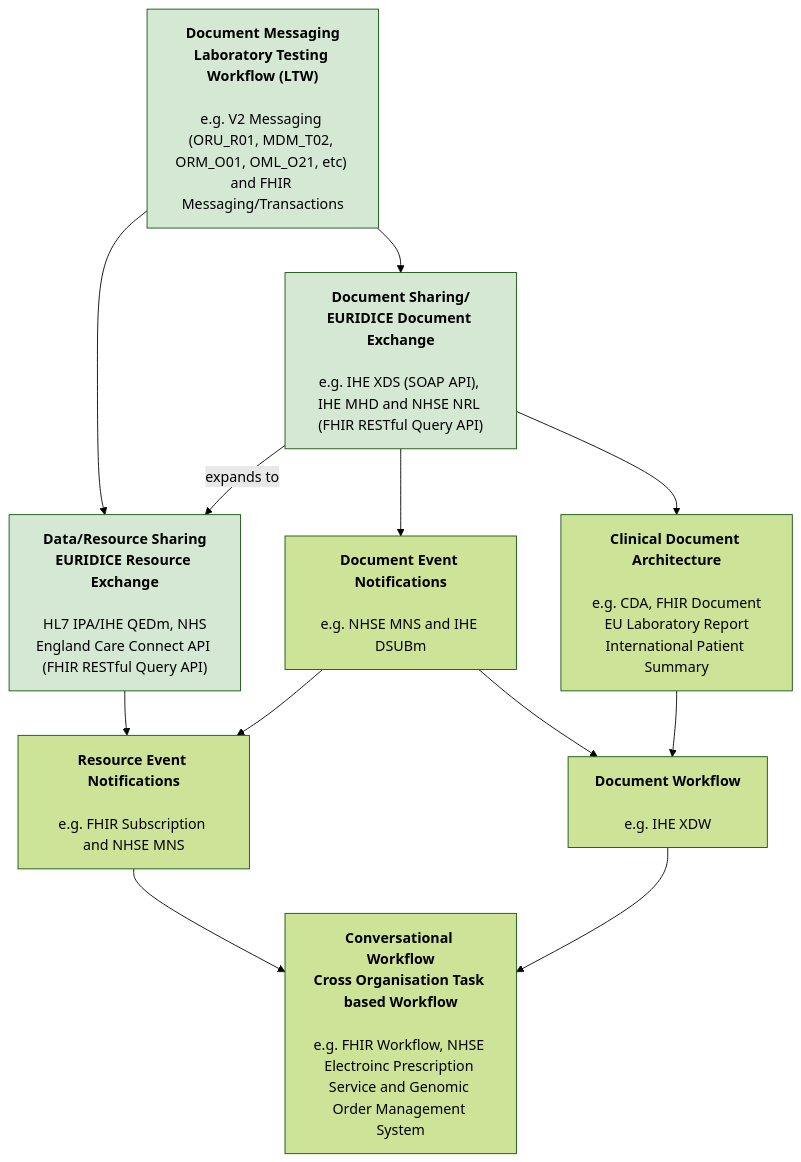
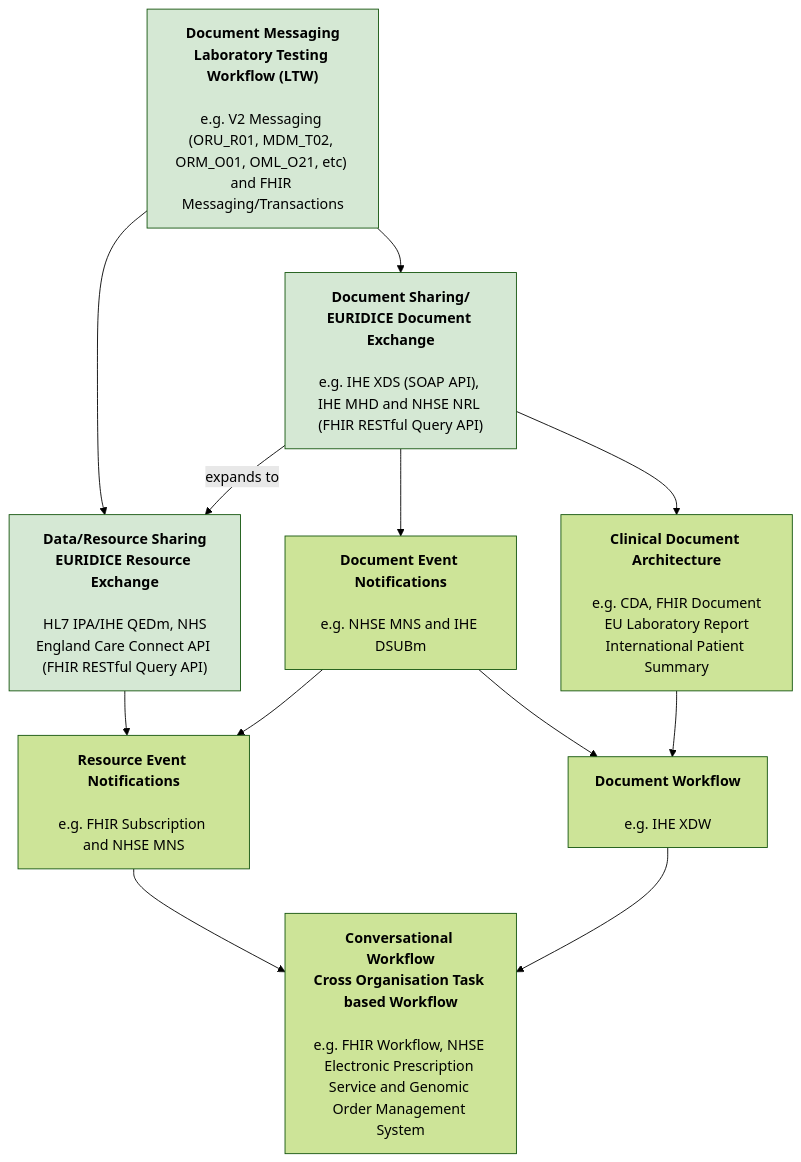
Before and after one commit to nw-gmsa/nw-gmsa.github.com: the first of 16 diagrams in input/pagecontent/exchange.md, drawn with Mermaid (forest theme). The commit also changed other lines of this file and 16 other files, not shown here.

````diff
--- a/input/pagecontent/exchange.md
+++ b/input/pagecontent/exchange.md
@@ -2,33 +2,33 @@
 ```mermaid
 graph TD;
 
 
 DocumentMessaging["<b>Document Messaging</b><br/><b>Laboratory Testing Workflow (LTW)</b><br/><br/>e.g. V2 Messaging (ORU_R01, MDM_T02, ORM_O01, OML_O21, etc) and FHIR Messaging/Transactions"]
 DocumentSharing["<b>Document Sharing/<br/>EURIDICE Document Exchange</b><br/><br/>e.g. IHE XDS (SOAP API), IHE MHD and NHSE NRL (FHIR RESTful Query API) "]
 
 DocumentEventNotifications[<b>Document Event Notifications</b><br/><br/>e.g. NHSE MNS and IHE DSUBm]
 ClinicalDocumentArchitecture[<b>Clinical Document Architecture</b><br/><br/>e.g. CDA, FHIR Document<br/>EU Laboratory Report<br/>International Patient Summary] 
 DocumentWorkflow[<b>Document Workflow</b><br/><br/>e.g. IHE XDW]
 
 DataSharig["<b>Data/Resource Sharing<br/>EURIDICE Resource Exchange</b><br/><br/> HL7 IPA/IHE QEDm, NHS England Care Connect API (FHIR RESTful Query API)"]
 ResourceEventNotifications[<b>Resource Event Notifications</b><br/><br/>e.g. FHIR Subscription and NHSE MNS]
-ConversationalMessaging[<b>Conversational Workflow</b><br/><b>Cross Organisation Task based Workflow</b><br/><br/>e.g. FHIR Workflow, NHSE Electroinc Prescription Service and Genomic Order Management System]
+ConversationalMessaging[<b>Conversational Workflow</b><br/><b>Cross Organisation Task based Workflow</b><br/><br/>e.g. FHIR Workflow, NHSE Electronic Prescription Service and Genomic Order Management System]
 
 DocumentMessaging --> DocumentSharing
 DocumentSharing --> DocumentEventNotifications
 DocumentSharing --> ClinicalDocumentArchitecture
 DocumentEventNotifications --> DocumentWorkflow
 ClinicalDocumentArchitecture --> DocumentWorkflow
 
 DocumentMessaging --> DataSharig
 DataSharig --> ResourceEventNotifications
 ResourceEventNotifications --> ConversationalMessaging
 DocumentWorkflow --> ConversationalMessaging
 
 DocumentSharing --> |expands to| DataSharig
 DocumentEventNotifications --> ResourceEventNotifications
 
 classDef green fill:#D5E8D4;
 
 class DocumentMessaging,DocumentSharing,DataSharig green
 ```
````
